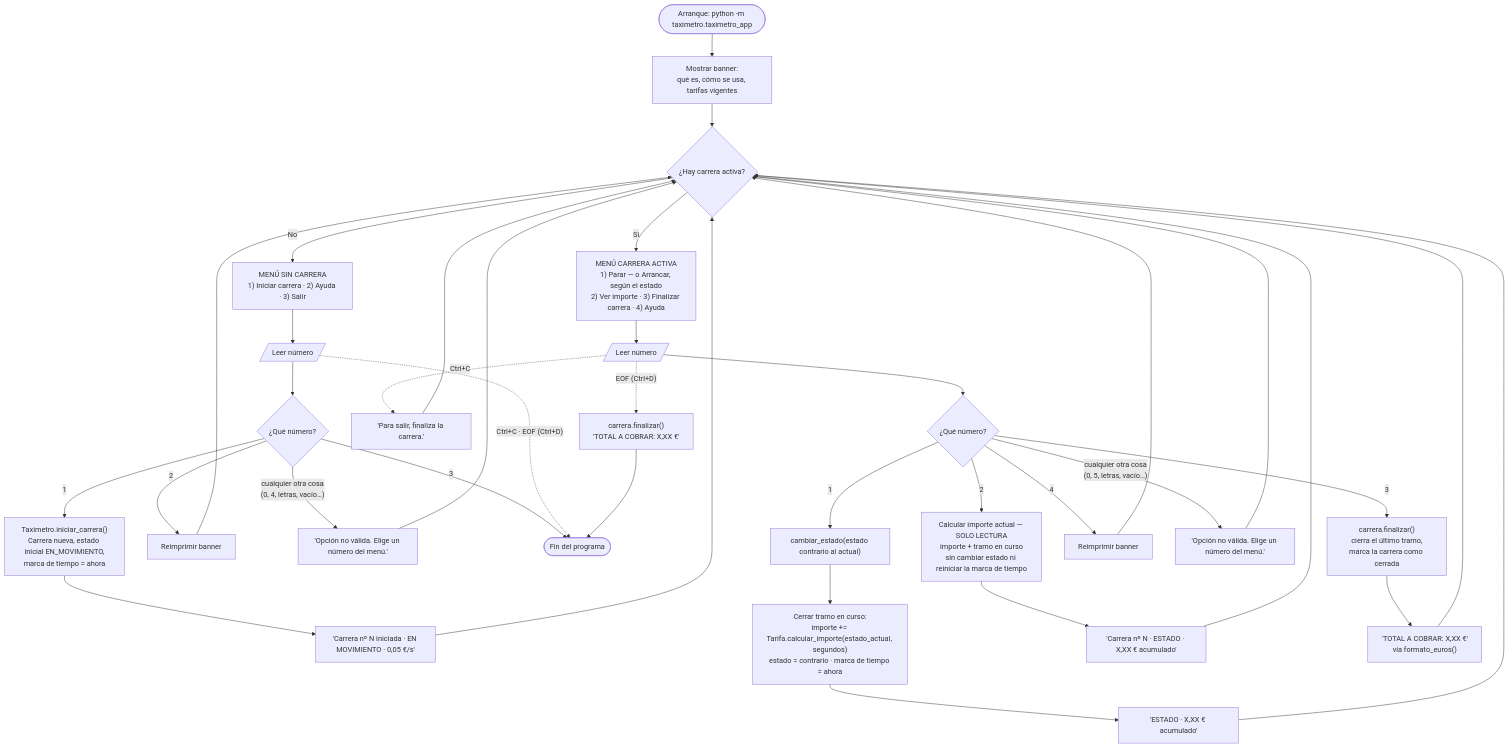
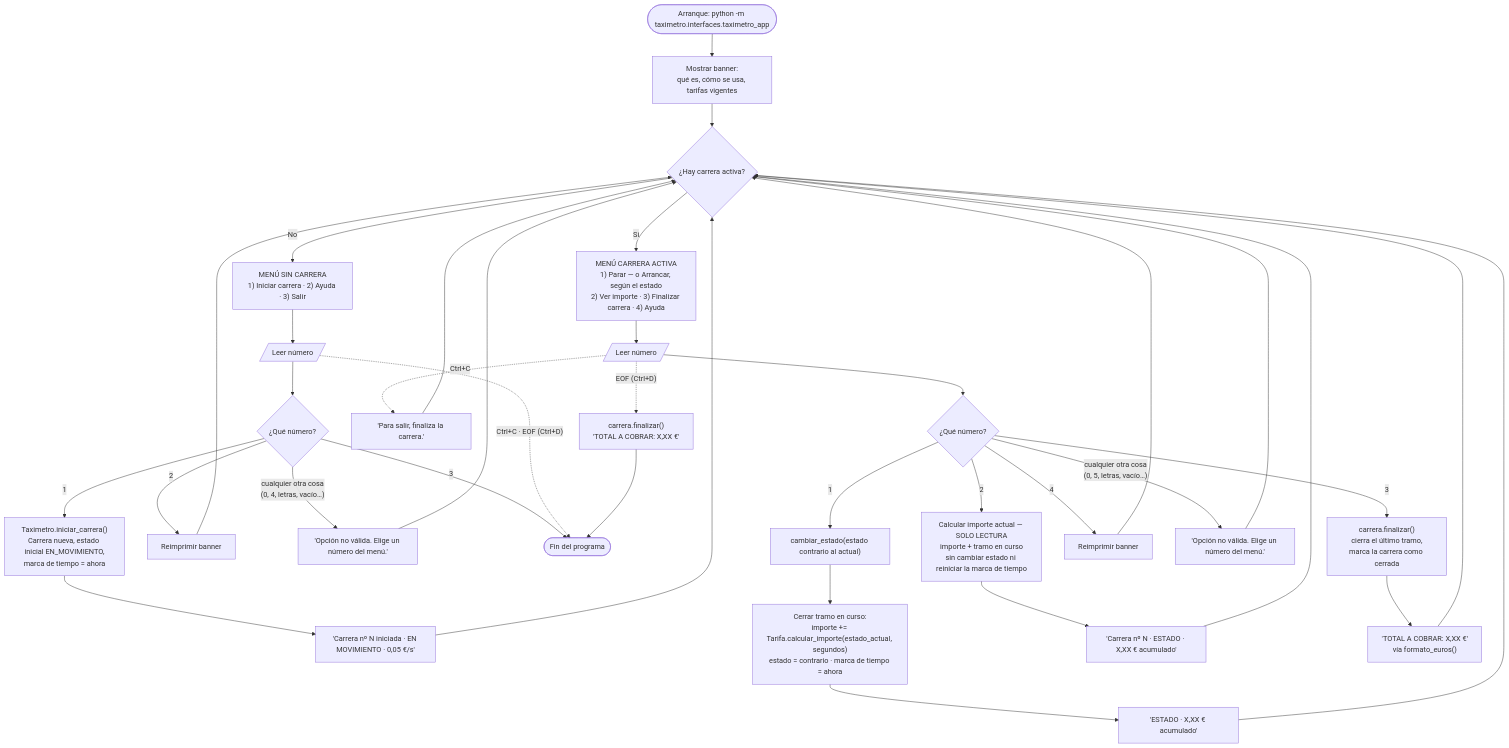
One commit to IA-P1-BCN/Proyecto1_Manon changed the diagram in docs/flujo-fase1.md. Above: the diagram before and after it, drawn with Mermaid. The commit also changed 59 other files, not shown here.

````diff
--- a/docs/flujo-fase1.md
+++ b/docs/flujo-fase1.md
@@ -11,53 +11,53 @@
 ```mermaid
 flowchart TD
-    START(["Arranque: python -m taximetro.taximetro_app"]) --> BANNER["Mostrar banner:<br/>qué es, cómo se usa, tarifas vigentes"]
+    START(["Arranque: python -m taximetro.interfaces.taximetro_app"]) --> BANNER["Mostrar banner:<br/>qué es, cómo se usa, tarifas vigentes"]
     BANNER --> MODO{"¿Hay carrera activa?"}
 
     %% ============ MODO INACTIVO ============
     MODO -->|No| MENU_OFF["MENÚ SIN CARRERA<br/>1) Iniciar carrera · 2) Ayuda · 3) Salir"]
     MENU_OFF --> READ_OFF[/"Leer número"/]
     READ_OFF --> CMD_OFF{"¿Qué número?"}
 
     CMD_OFF -->|1| INICIAR["Taximetro.iniciar_carrera()<br/>Carrera nueva, estado inicial EN_MOVIMIENTO,<br/>marca de tiempo = ahora"]
     INICIAR --> MSG_INI["'Carrera nº N iniciada · EN MOVIMIENTO · 0,05 €/s'"]
     MSG_INI --> MODO
 
     CMD_OFF -->|2| AYUDA_OFF["Reimprimir banner"]
     AYUDA_OFF --> MODO
 
     CMD_OFF -->|"cualquier otra cosa<br/>(0, 4, letras, vacío…)"| UNK_OFF["'Opción no válida. Elige un número del menú.'"]
     UNK_OFF --> MODO
 
     CMD_OFF -->|3| FIN(["Fin del programa"])
     READ_OFF -.->|"Ctrl+C · EOF (Ctrl+D)"| FIN
 
     %% ============ MODO CARRERA ACTIVA ============
     MODO -->|Sí| MENU_ON["MENÚ CARRERA ACTIVA<br/>1) Parar — o Arrancar, según el estado<br/>2) Ver importe · 3) Finalizar carrera · 4) Ayuda"]
     MENU_ON --> READ_ON[/"Leer número"/]
     READ_ON --> CMD_ON{"¿Qué número?"}
 
     CMD_ON -->|1| ST["cambiar_estado(estado contrario al actual)"]
     ST --> ACUM
     ACUM["Cerrar tramo en curso:<br/>importe += Tarifa.calcular_importe(estado_actual, segundos)<br/>estado = contrario · marca de tiempo = ahora"]
     ACUM --> MSG_ST["'ESTADO · X,XX € acumulado'"]
     MSG_ST --> MODO
 
     CMD_ON -->|2| IMP["Calcular importe actual — SOLO LECTURA<br/>importe + tramo en curso<br/>sin cambiar estado ni reiniciar la marca de tiempo"]
     IMP --> MSG_IMP["'Carrera nº N · ESTADO · X,XX € acumulado'"]
     MSG_IMP --> MODO
 
     CMD_ON -->|3| FINAL["carrera.finalizar()<br/>cierra el último tramo,<br/>marca la carrera como cerrada"]
     FINAL --> TOTAL["'TOTAL A COBRAR: X,XX €'<br/>vía formato_euros()"]
     TOTAL --> MODO
 
     CMD_ON -->|4| AYUDA_ON["Reimprimir banner"]
     AYUDA_ON --> MODO
 
     CMD_ON -->|"cualquier otra cosa<br/>(0, 5, letras, vacío…)"| UNK_ON["'Opción no válida. Elige un número del menú.'"]
     UNK_ON --> MODO
 
     READ_ON -.->|"Ctrl+C"| CTRLC["'Para salir, finaliza la carrera.'"]
     CTRLC --> MODO
     READ_ON -.->|"EOF (Ctrl+D)"| EOF_ON["carrera.finalizar()<br/>'TOTAL A COBRAR: X,XX €'"]
     EOF_ON --> FIN
 ```
````
